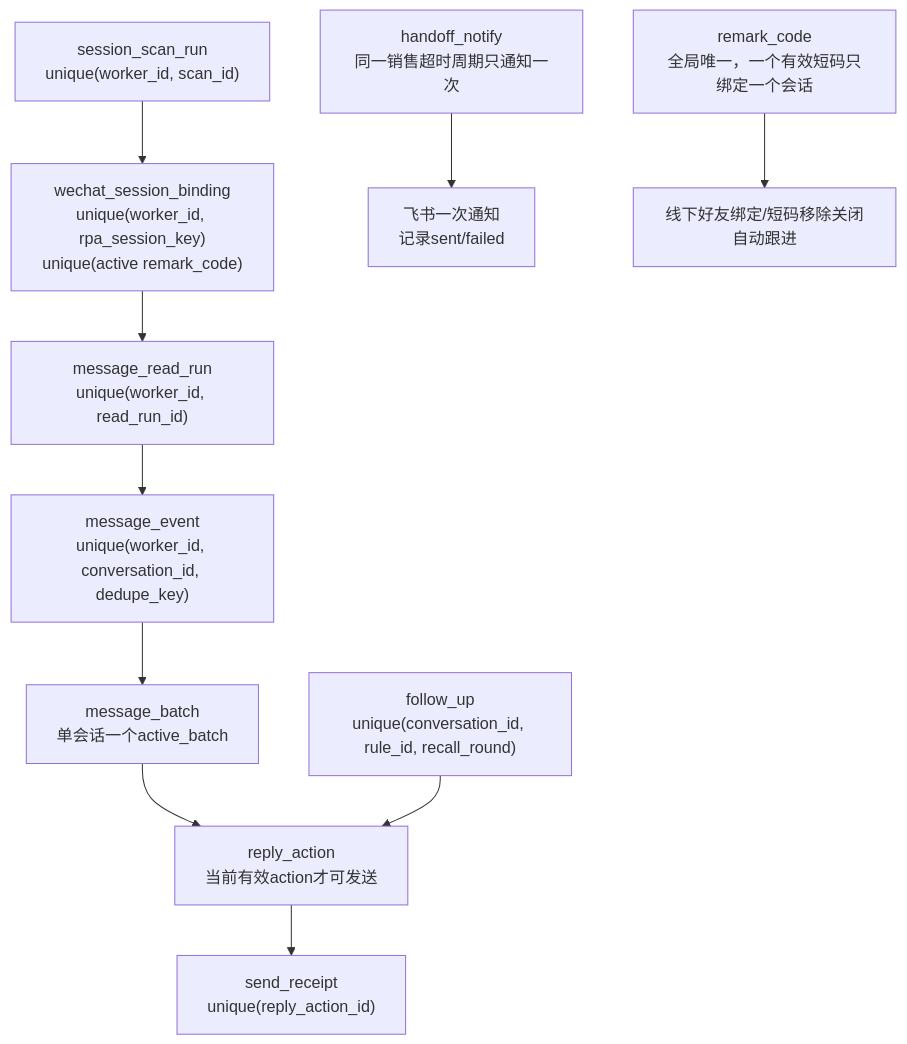
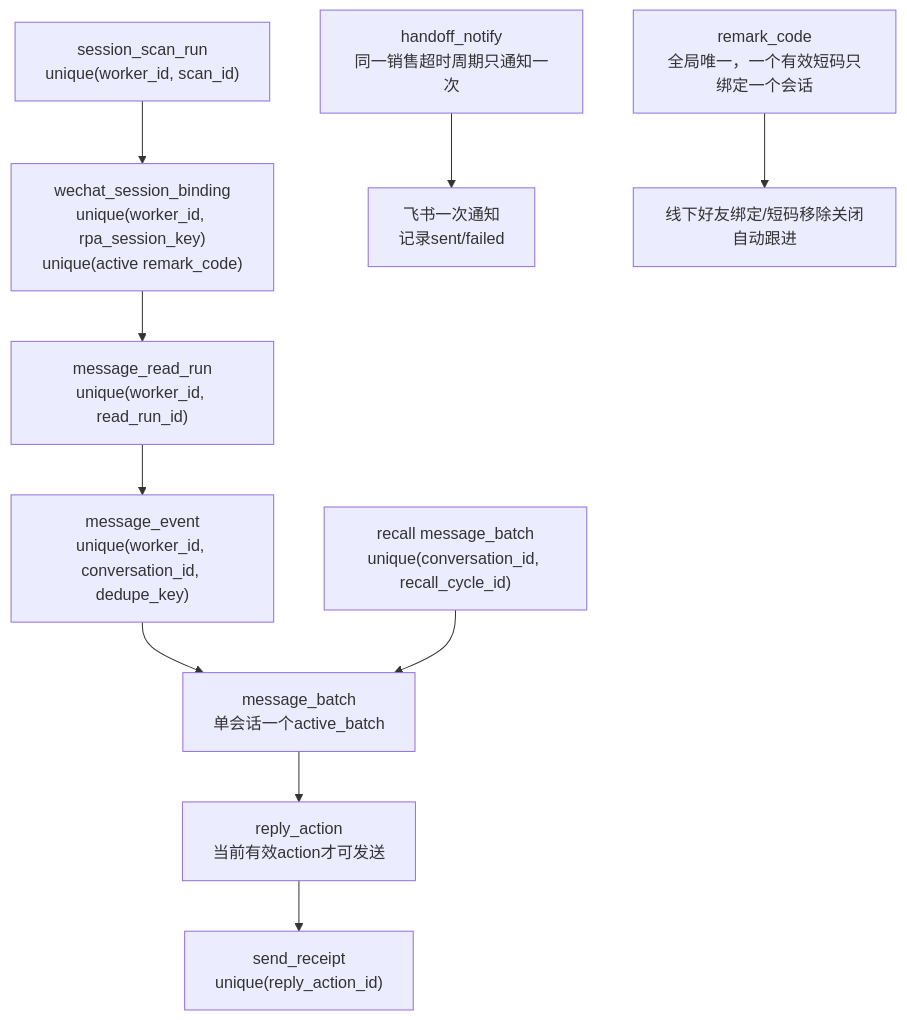
One commit to edwardzhang0304/chejin-ai-sales changed diagram 13 of 13 in deliverables/AI智能客服售前跟进系统_UML图_v0.7.md. Above: the diagram before and after it, drawn with Mermaid. The commit also changed other lines of this file and 185 other files, not shown here.

````diff
--- a/deliverables/AI智能客服售前跟进系统_UML图_v0.7.md
+++ b/deliverables/AI智能客服售前跟进系统_UML图_v0.7.md
@@ -772,23 +765,23 @@
 ```mermaid
 flowchart TD
     Scan["session_scan_run<br/>unique(worker_id, scan_id)"]
     Bind["wechat_session_binding<br/>unique(worker_id, rpa_session_key)<br/>unique(active remark_code)"]
     Read["message_read_run<br/>unique(worker_id, read_run_id)"]
     M["message_event<br/>unique(worker_id, conversation_id, dedupe_key)"]
     B["message_batch<br/>单会话一个active_batch"]
     R["reply_action<br/>当前有效action才可发送"]
     S["send_receipt<br/>unique(reply_action_id)"]
-    F["follow_up<br/>unique(conversation_id, rule_id, recall_round)"]
+    F["recall message_batch<br/>unique(conversation_id, recall_cycle_id)"]
     H["handoff_notify<br/>同一销售超时周期只通知一次"]
     C0["remark_code<br/>全局唯一，一个有效短码只绑定一个会话"]
 
     Scan --> Bind
     Bind --> Read
     Read --> M
     M --> B
     B --> R
     R --> S
-    F --> R
+    F --> B
     H --> Notify["飞书一次通知<br/>记录sent/failed"]
     C0 --> RemarkBindingEffect["线下好友绑定/短码移除关闭自动跟进"]
 ```
````
